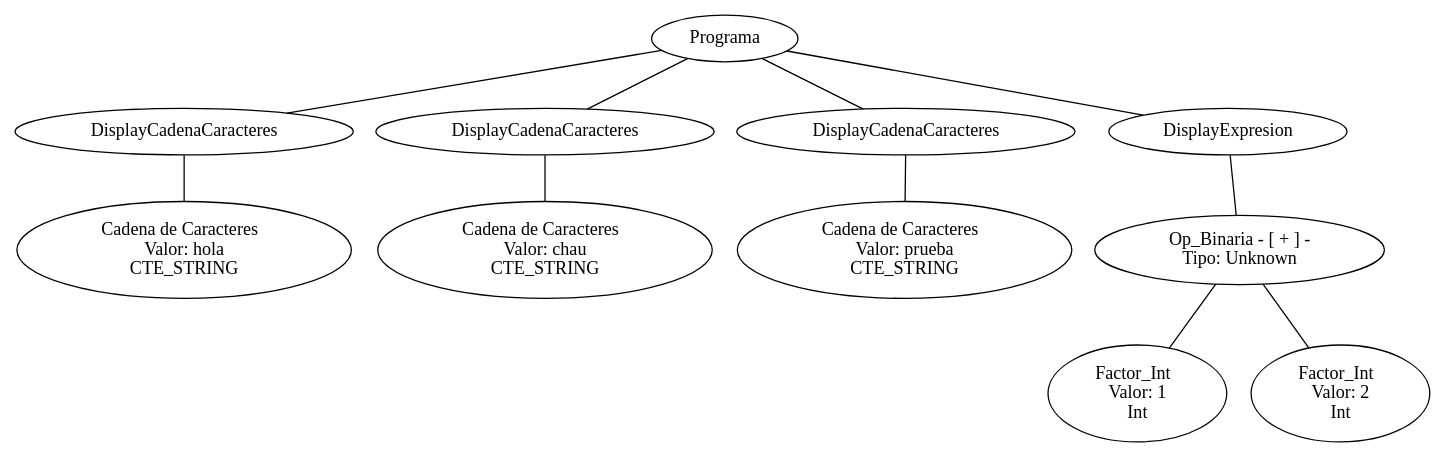
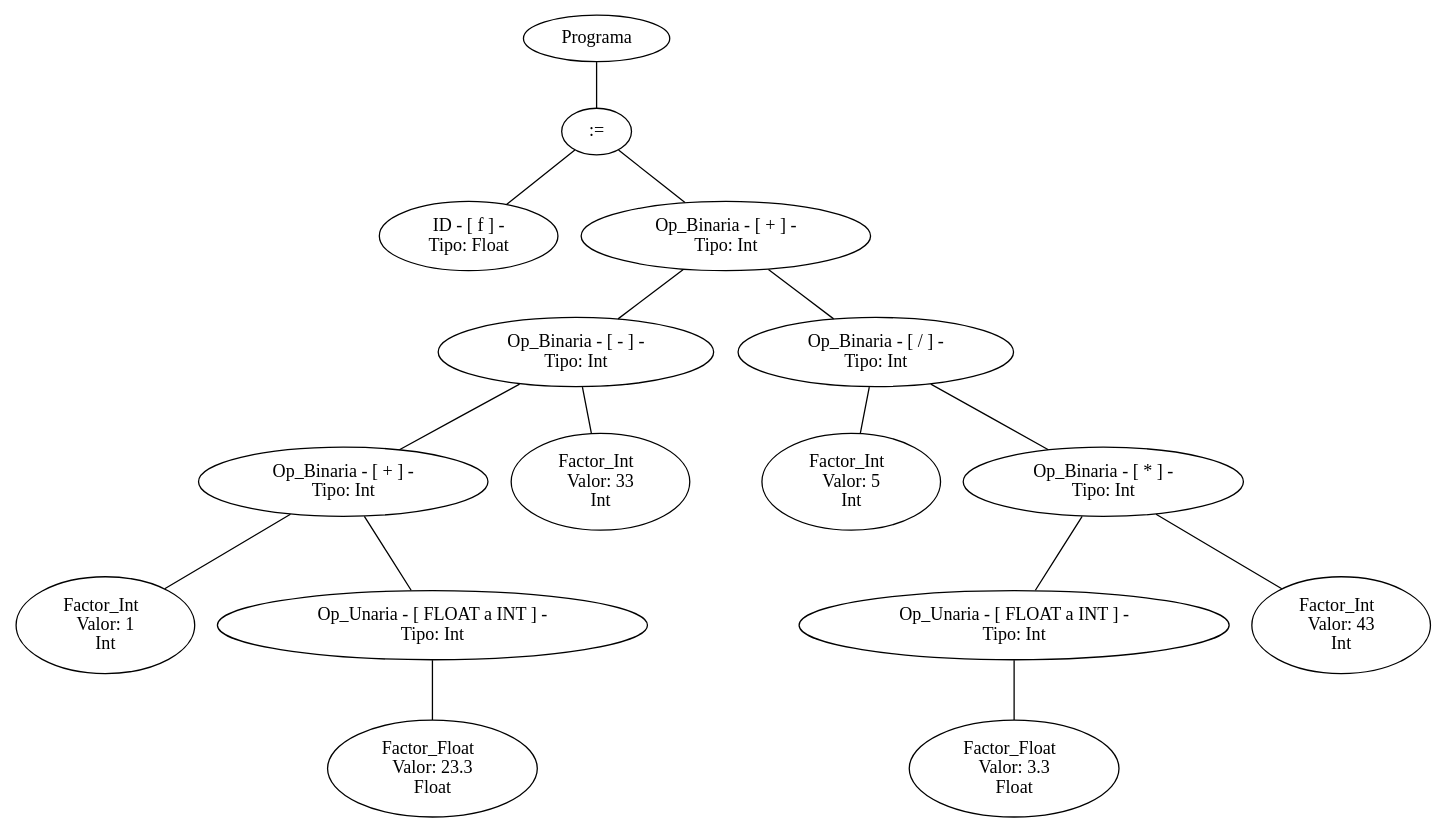
Before and after one commit to SantiPerez17/Compiladores: the diagram in arbol.dot, drawn with Graphviz. The commit also changed 21 other files, not shown here.

```diff
--- a/arbol.dot
+++ b/arbol.dot
@@ -1,33 +1,52 @@
 graph G {nodo_programa[label="Programa"]
-nodo_148001436[label="DisplayCadenaCaracteres"]
-nodo_programa--nodo_148001436
-nodo_1786285017[label="Cadena de Caracteres  
- Valor: hola 
-CTE_STRING"]
-nodo_148001436--nodo_1786285017
-nodo_335696039[label="DisplayCadenaCaracteres"]
-nodo_programa--nodo_335696039
-nodo_864354359[label="Cadena de Caracteres  
- Valor: chau 
-CTE_STRING"]
-nodo_335696039--nodo_864354359
-nodo_496582665[label="DisplayCadenaCaracteres"]
-nodo_programa--nodo_496582665
-nodo_163767072[label="Cadena de Caracteres  
- Valor: prueba 
-CTE_STRING"]
-nodo_496582665--nodo_163767072
-nodo_880899254[label="DisplayExpresion"]
-nodo_programa--nodo_880899254
-nodo_1674570190[label=" Op_Binaria - [ + ] - 
- Tipo: Unknown"]
-nodo_880899254--nodo_1674570190
-nodo_2140336484[label="Factor_Int  
+nodo_672469113[label=":="]
+nodo_programa--nodo_672469113
+nodo_840726430[label=" ID - [ f ] - 
+ Tipo: Float"]
+nodo_672469113--nodo_840726430
+nodo_47138098[label=" Op_Binaria - [ + ] - 
+ Tipo: Int"]
+nodo_672469113--nodo_47138098
+nodo_654562294[label=" Op_Binaria - [ - ] - 
+ Tipo: Int"]
+nodo_47138098--nodo_654562294
+nodo_1430676718[label=" Op_Binaria - [ + ] - 
+ Tipo: Int"]
+nodo_654562294--nodo_1430676718
+nodo_524192918[label="Factor_Int  
  Valor: 1 
 Int"]
-nodo_1674570190--nodo_2140336484
-nodo_1708006072[label="Factor_Int  
- Valor: 2 
+nodo_1430676718--nodo_524192918
+nodo_1250054714[label=" Op_Unaria - [ FLOAT a INT ] - 
+ Tipo: Int"]
+nodo_1430676718--nodo_1250054714
+nodo_757500261[label="Factor_Float  
+ Valor: 23.3 
+Float"]
+nodo_1250054714--nodo_757500261
+nodo_696324478[label="Factor_Int  
+ Valor: 33 
 Int"]
-nodo_1674570190--nodo_1708006072
+nodo_654562294--nodo_696324478
+nodo_414702955[label=" Op_Binaria - [ / ] - 
+ Tipo: Int"]
+nodo_47138098--nodo_414702955
+nodo_103300233[label="Factor_Int  
+ Valor: 5 
+Int"]
+nodo_414702955--nodo_103300233
+nodo_1597795953[label=" Op_Binaria - [ * ] - 
+ Tipo: Int"]
+nodo_414702955--nodo_1597795953
+nodo_1242826187[label=" Op_Unaria - [ FLOAT a INT ] - 
+ Tipo: Int"]
+nodo_1597795953--nodo_1242826187
+nodo_1613711798[label="Factor_Float  
+ Valor: 3.3 
+Float"]
+nodo_1242826187--nodo_1613711798
+nodo_1721343287[label="Factor_Int  
+ Valor: 43 
+Int"]
+nodo_1597795953--nodo_1721343287
 }
```
